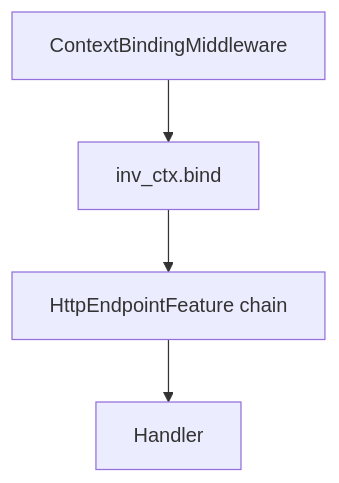
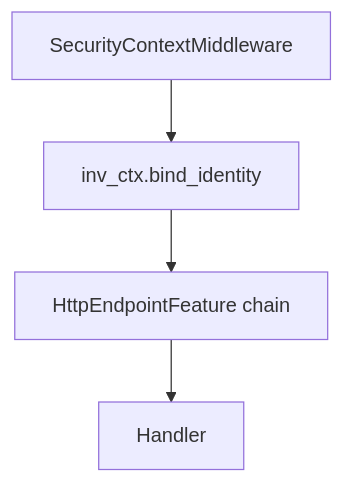
Before and after one commit to morzecrew/forze: the diagram in pages/docs/recipes/authn-authz-tenancy-fastapi.md, drawn with Mermaid. The commit also changed other lines of this file and 9 other files, not shown here.

````diff
--- a/pages/docs/recipes/authn-authz-tenancy-fastapi.md
+++ b/pages/docs/recipes/authn-authz-tenancy-fastapi.md
@@ -10,7 +10,7 @@
 ```mermaid
 flowchart TB
-  MW[ContextBindingMiddleware]
-  MW --> bind[inv_ctx.bind]
+  MW[SecurityContextMiddleware]
+  MW --> bind[inv_ctx.bind_identity]
   bind --> feats[HttpEndpointFeature chain]
   feats --> uc[Handler]
 ```
````
